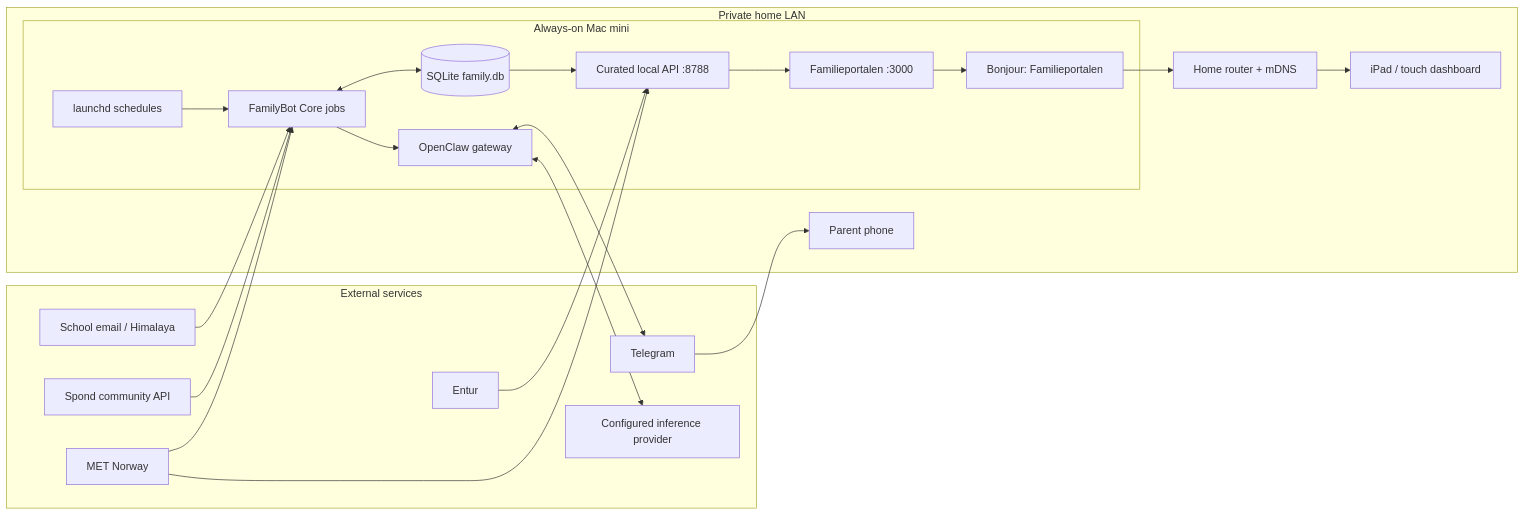
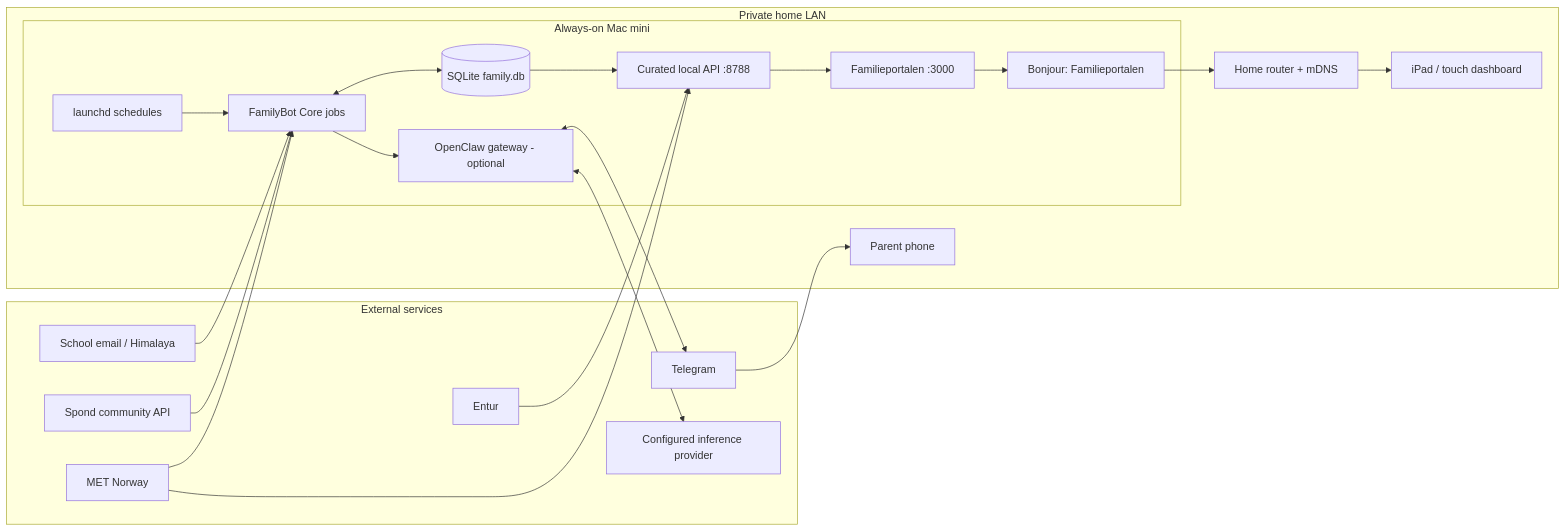
Before and after one commit to TrygveAasheim/familybot-core: the first of 3 diagrams in ARCHITECTURE.md, drawn with Mermaid. The commit also changed other lines of this file and 16 other files, not shown here.

````diff
--- a/ARCHITECTURE.md
+++ b/ARCHITECTURE.md
@@ -12,40 +12,40 @@
 ```mermaid
 flowchart LR
   subgraph Internet["External services"]
     Mail["School email / Himalaya"]
     Spond["Spond community API"]
     MET["MET Norway"]
     Entur["Entur"]
     TG["Telegram"]
     Model["Configured inference provider"]
   end
 
   subgraph Home["Private home LAN"]
     Router["Home router + mDNS"]
     subgraph Mini["Always-on Mac mini"]
       Launchd["launchd schedules"]
       Core["FamilyBot Core jobs"]
       DB[("SQLite family.db")]
-      Gateway["OpenClaw gateway"]
+      Gateway["OpenClaw gateway - optional"]
       API["Curated local API :8788"]
       Web["Familieportalen :3000"]
       Bonjour["Bonjour: Familieportalen"]
     end
     iPad["iPad / touch dashboard"]
     Parent["Parent phone"]
   end
 
   Mail --> Core
   Spond --> Core
   MET --> Core
   Entur --> API
   Launchd --> Core
   Core <--> DB
   Core --> Gateway
   Gateway <--> TG
   Gateway <--> Model
   DB --> API --> Web
   MET --> API
   Web --> Bonjour --> Router --> iPad
   TG --> Parent
 ```
````
